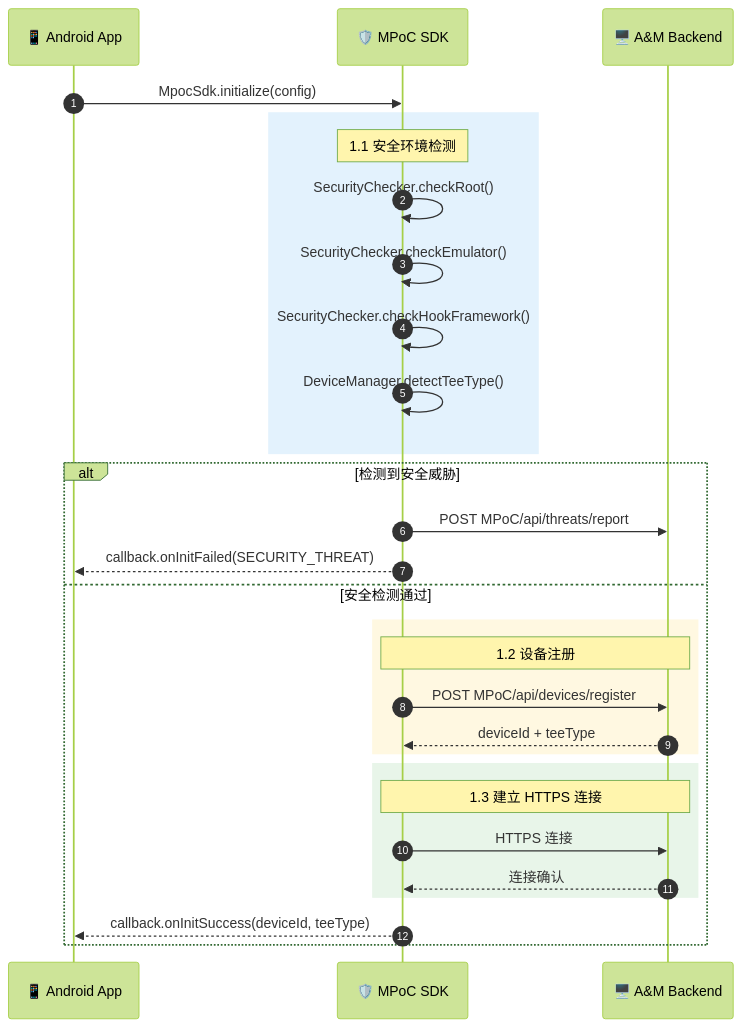
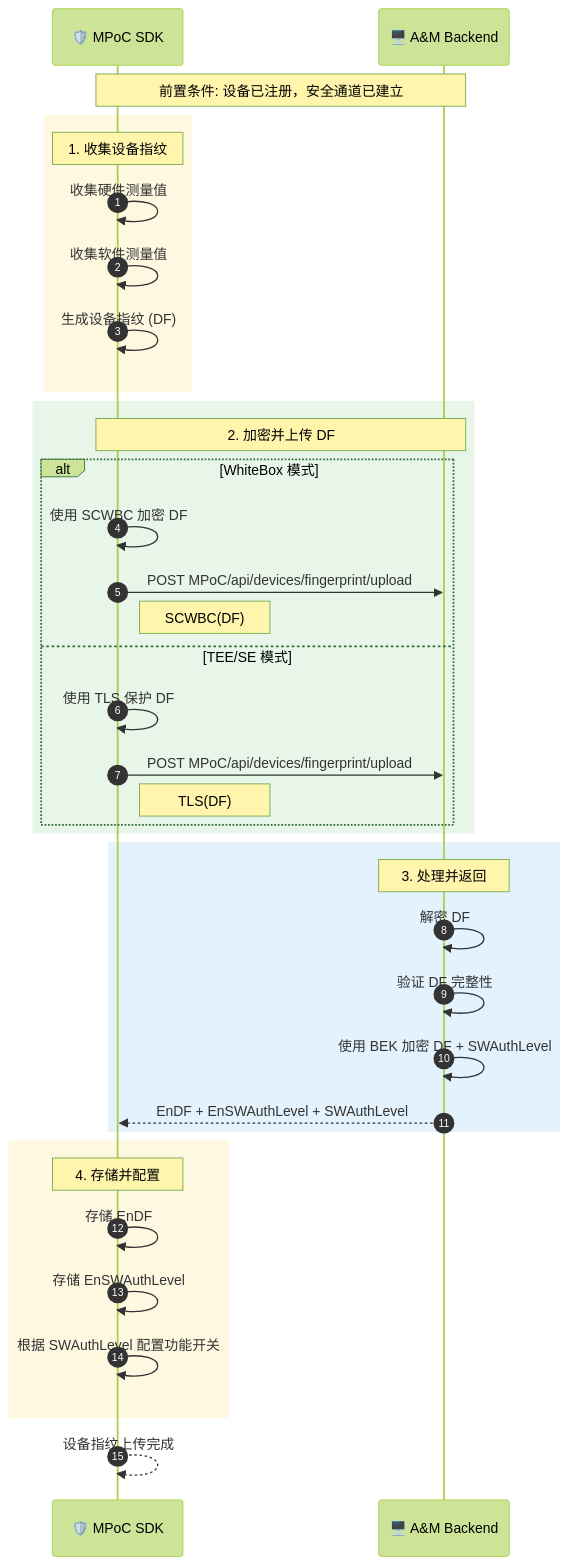
Before and after one commit to kevinwangl/sunbay-softpos-docs: the sixth of 23 diagrams in solution/MPOC_SDK_API_GUIDE.md, drawn with Mermaid (forest theme). The commit also changed other lines of this file, not shown here.

````diff
--- a/solution/MPOC_SDK_API_GUIDE.md
+++ b/solution/MPOC_SDK_API_GUIDE.md
@@ -347,36 +752,45 @@
 ```mermaid
 sequenceDiagram
     autonumber
-    participant App as 📱 Android App
     participant SDK as 🛡️ MPoC SDK
     participant Backend as 🖥️ A&M Backend
 
-    App->>SDK: MpocSdk.initialize(config)
+    Note over SDK,Backend: 前置条件: 设备已注册，安全通道已建立
+    
+    rect rgb(255, 248, 225)
+        Note over SDK: 1. 收集设备指纹
+        SDK->>SDK: 收集硬件测量值
+        SDK->>SDK: 收集软件测量值
+        SDK->>SDK: 生成设备指纹 (DF)
+    end
+    
+    rect rgb(232, 245, 233)
+        Note over SDK,Backend: 2. 加密并上传 DF
+        alt WhiteBox 模式
+            SDK->>SDK: 使用 SCWBC 加密 DF
+            SDK->>Backend: POST MPoC/api/devices/fingerprint/upload
+            Note right of SDK: SCWBC(DF)
+        else TEE/SE 模式
+            SDK->>SDK: 使用 TLS 保护 DF
+            SDK->>Backend: POST MPoC/api/devices/fingerprint/upload
+            Note right of SDK: TLS(DF)
+        end
+    end
     
     rect rgb(227, 242, 253)
-        Note over SDK: 1.1 安全环境检测
-        SDK->>SDK: SecurityChecker.checkRoot()
-        SDK->>SDK: SecurityChecker.checkEmulator()
-        SDK->>SDK: SecurityChecker.checkHookFramework()
-        SDK->>SDK: DeviceManager.detectTeeType()
+        Note over Backend: 3. 处理并返回
+        Backend->>Backend: 解密 DF
+        Backend->>Backend: 验证 DF 完整性
+        Backend->>Backend: 使用 BEK 加密 DF + SWAuthLevel
+        Backend-->>SDK: EnDF + EnSWAuthLevel + SWAuthLevel
     end
     
-    alt 检测到安全威胁
-        SDK->>Backend: POST MPoC/api/threats/report
-        SDK-->>App: callback.onInitFailed(SECURITY_THREAT)
-    else 安全检测通过
-        rect rgb(255, 248, 225)
-            Note over SDK,Backend: 1.2 设备注册
-            SDK->>Backend: POST MPoC/api/devices/register
-            Backend-->>SDK: deviceId + teeType
-        end
-        
-        rect rgb(232, 245, 233)
-            Note over SDK,Backend: 1.3 建立 HTTPS 连接
-            SDK->>Backend: HTTPS 连接
-            Backend-->>SDK: 连接确认
-        end
-        
-        SDK-->>App: callback.onInitSuccess(deviceId, teeType)
+    rect rgb(255, 248, 225)
+        Note over SDK: 4. 存储并配置
+        SDK->>SDK: 存储 EnDF
+        SDK->>SDK: 存储 EnSWAuthLevel
+        SDK->>SDK: 根据 SWAuthLevel 配置功能开关
     end
+    
+    SDK-->>SDK: 设备指纹上传完成
 ```
````
